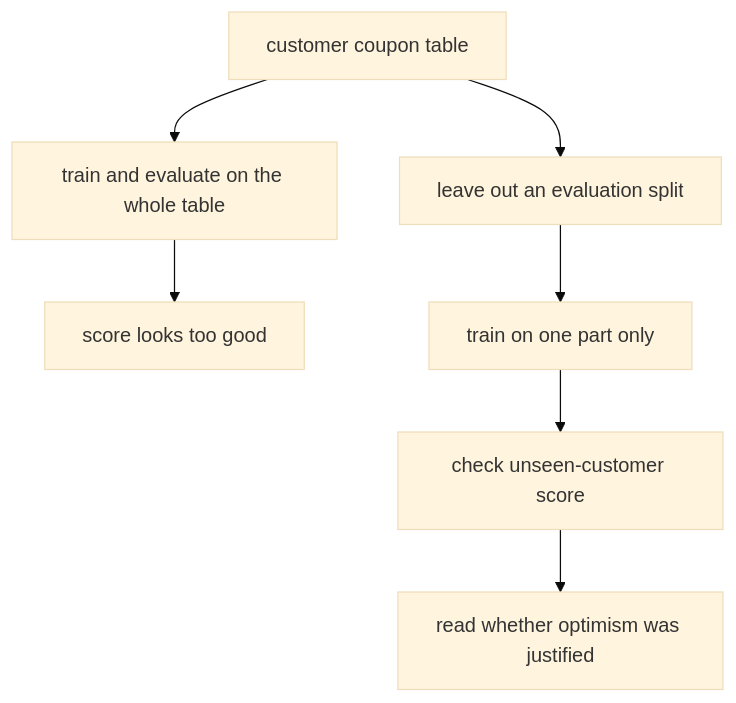
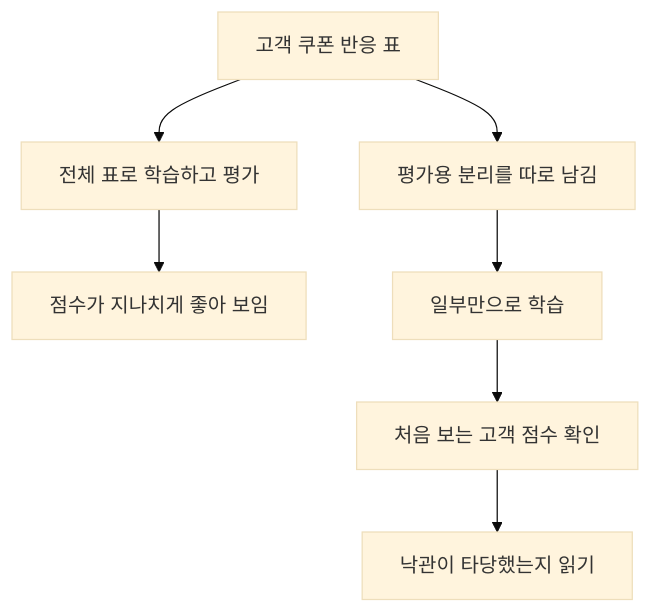
The second of 2 diagrams in docs/parts/part-04/chapter-04/section-01.md (devchan64/AiBook), drawn with Mermaid (base theme) before and after one commit. The commit also changed other lines of this file and 72 other files, not shown here.

````diff
--- a/docs/parts/part-04/chapter-04/section-01.md
+++ b/docs/parts/part-04/chapter-04/section-01.md
@@ -335,13 +335,13 @@
 ```mermaid
 flowchart TD
-  A["customer coupon table"]
-  B["train and evaluate on the whole table"]
-  C["score looks too good"]
-  D["leave out an evaluation split"]
-  E["train on one part only"]
-  F["check unseen-customer score"]
-  G["read whether optimism was justified"]
+  A["고객 쿠폰 반응 표"]
+  B["전체 표로 학습하고 평가"]
+  C["점수가 지나치게 좋아 보임"]
+  D["평가용 분리를 따로 남김"]
+  E["일부만으로 학습"]
+  F["처음 보는 고객 점수 확인"]
+  G["낙관이 타당했는지 읽기"]
 
   A --> B --> C
   A --> D --> E --> F --> G
 ```
````
